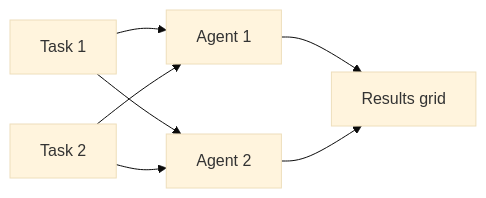
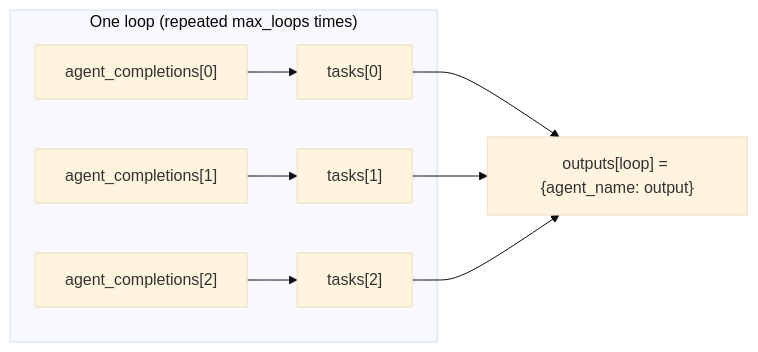
One commit to The-Swarm-Corporation/swarms-api-docs changed the diagram in docs/documentation/multi-agent/batched_grid_workflow.mdx. Above: the diagram before and after it, drawn with Mermaid (base theme). The commit also changed other lines of this file and 118 other files, not shown here.

````diff
--- a/docs/documentation/multi-agent/batched_grid_workflow.mdx
+++ b/docs/documentation/multi-agent/batched_grid_workflow.mdx
@@ -25,9 +32,11 @@
 ```mermaid
 flowchart LR
-    T1["Task 1"] --> A1["Agent 1"]
-    T1 --> A2["Agent 2"]
-    T2["Task 2"] --> A1
-    T2 --> A2
-    A1 --> G["Results grid"]
-    A2 --> G
+    subgraph "One loop (repeated max_loops times)"
+    A0["agent_completions[0]"] --> P0["tasks[0]"]
+    A1["agent_completions[1]"] --> P1["tasks[1]"]
+    A2["agent_completions[2]"] --> P2["tasks[2]"]
+    end
+    P0 --> R["outputs[loop] = {agent_name: output}"]
+    P1 --> R
+    P2 --> R
 ```
````
